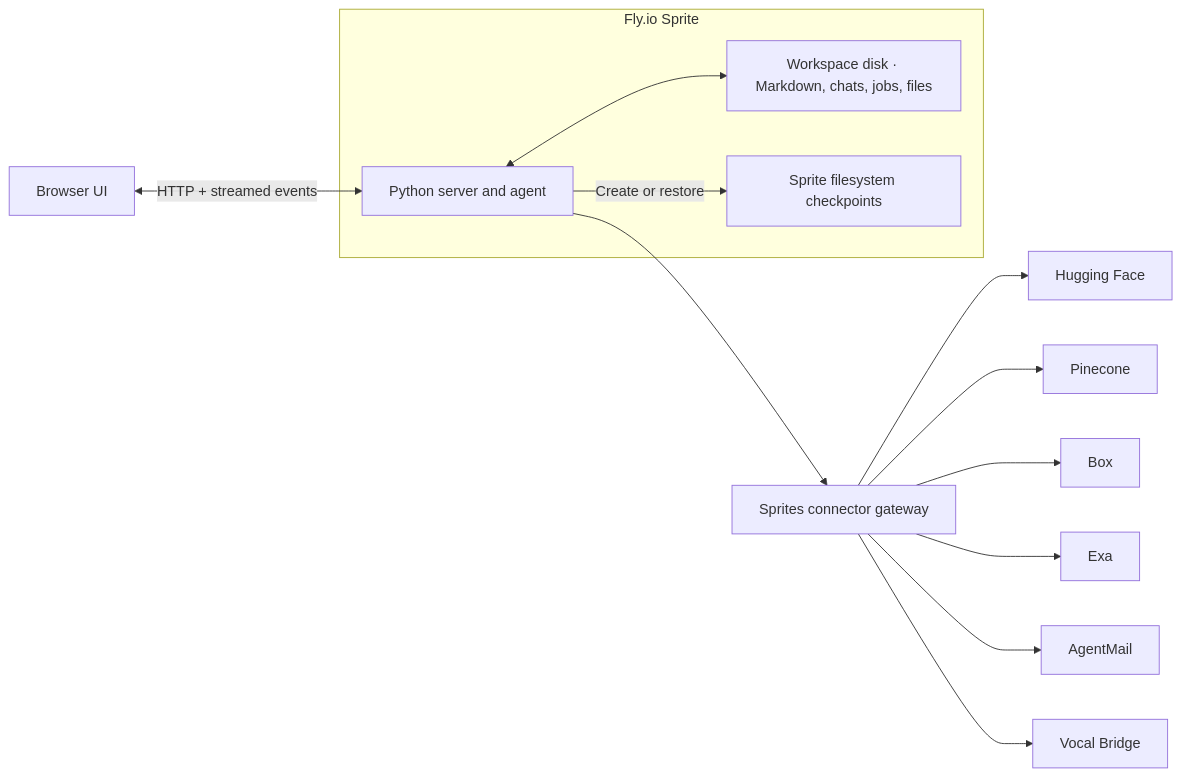
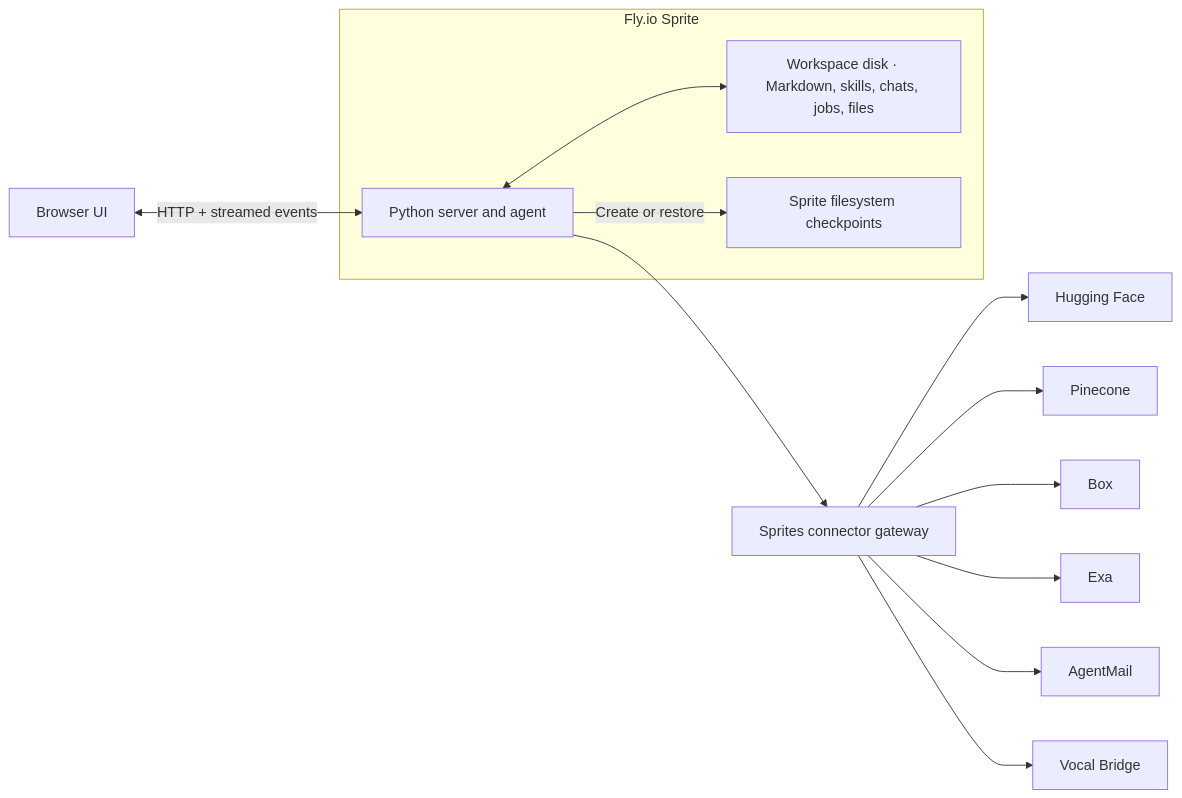
One commit to Xuefeng-Zhu/Hearth changed the diagram in README.md. Above: the diagram before and after it, drawn with Mermaid. The commit also changed other lines of this file and 4 other files, not shown here.

````diff
--- a/README.md
+++ b/README.md
@@ -28,18 +29,18 @@
 ```mermaid
 flowchart LR
     UI["Browser UI"] <-->|"HTTP + streamed events"| App
     subgraph Sprite["Fly.io Sprite"]
         App["Python server and agent"]
-        Disk["Workspace disk · Markdown, chats, jobs, files"]
+        Disk["Workspace disk · Markdown, skills, chats, jobs, files"]
         Checkpoints["Sprite filesystem checkpoints"]
         App <--> Disk
         App -->|Create or restore| Checkpoints
     end
     App --> Gateway["Sprites connector gateway"]
     Gateway --> HF["Hugging Face"]
     Gateway --> PC["Pinecone"]
     Gateway --> Box["Box"]
     Gateway --> Exa["Exa"]
     Gateway --> Mail["AgentMail"]
     Gateway --> Voice["Vocal Bridge"]
 ```
````
